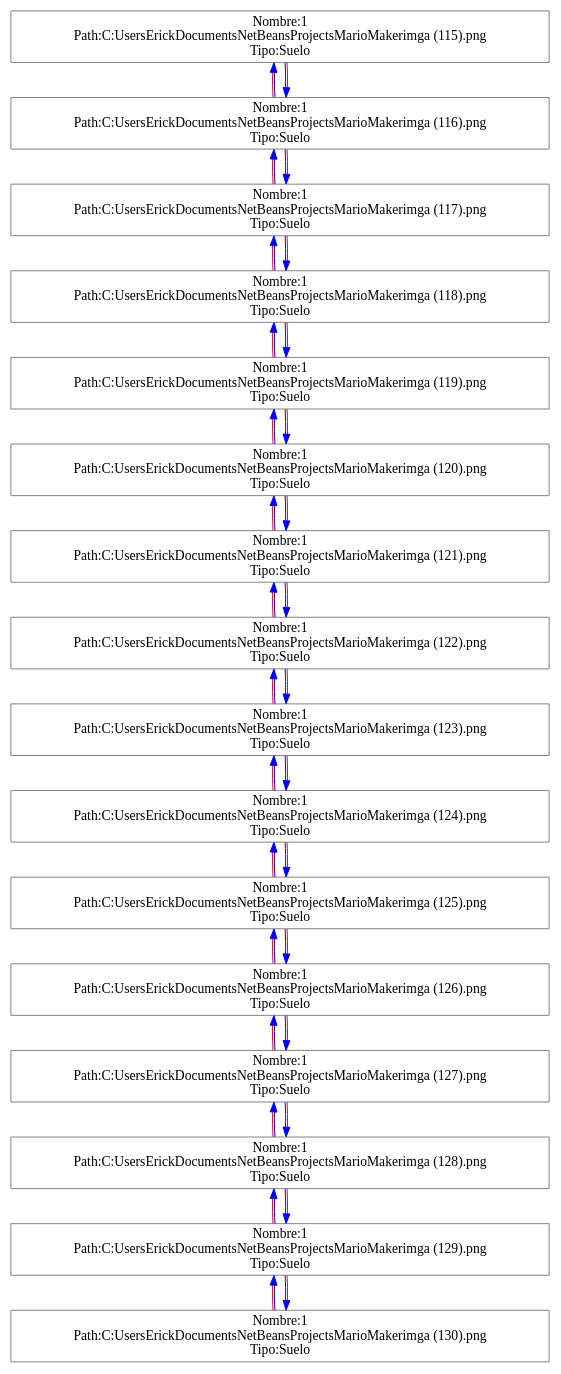
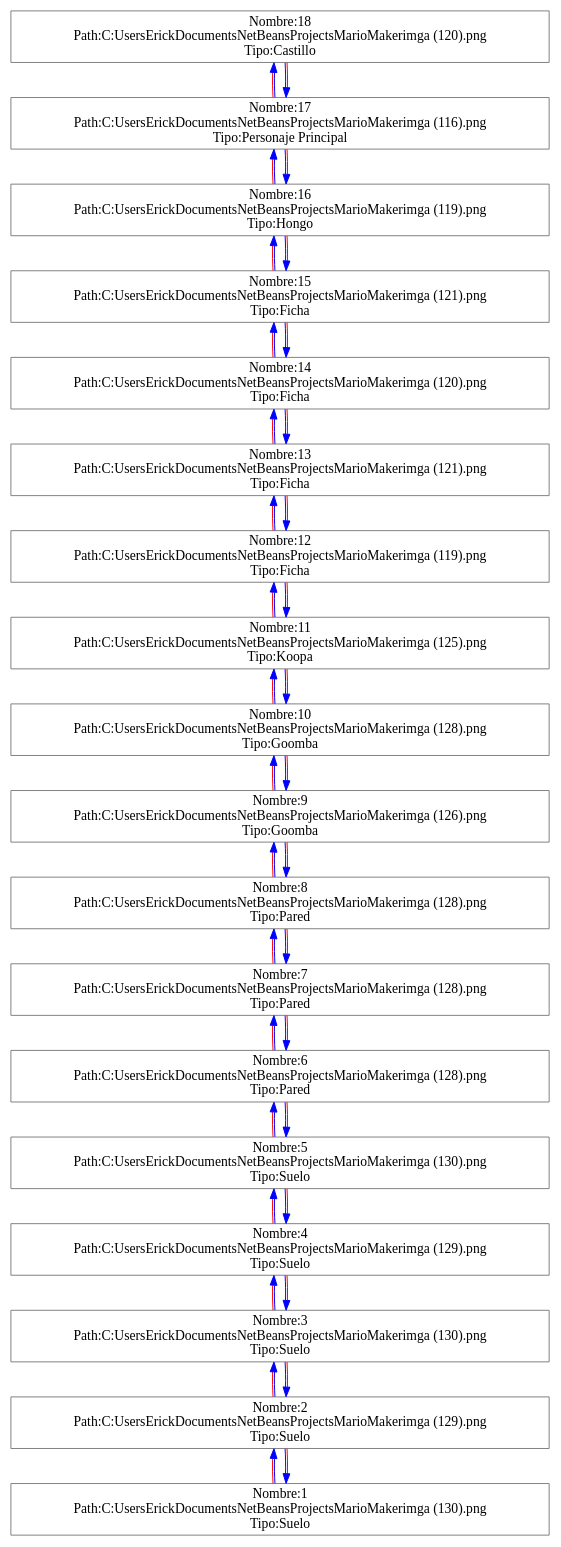
Before and after one commit to ErickTejaxun/Practica1s22015_201213050: the diagram in Cola-Pila.dot, drawn with Graphviz. The commit also changed 15 other files, not shown here.

```diff
--- a/Cola-Pila.dot
+++ b/Cola-Pila.dot
@@ -1,152 +1,172 @@
 digraph ColaAtencion {node [dir=both,shape=polygon, fontcolor="Black", height=0.5, color="Grey"]edge [color="blue", color="blue:red"]rankdir=BT
 "Nombre:1
 Path:C:\Users\Erick\Documents\NetBeansProjects\MarioMaker\img\a (130).png
-Tipo:Suelo"-> "Nombre:1
+Tipo:Suelo"-> "Nombre:2
 Path:C:\Users\Erick\Documents\NetBeansProjects\MarioMaker\img\a (129).png
 Tipo:Suelo"
-"Nombre:1
+"Nombre:2
 Path:C:\Users\Erick\Documents\NetBeansProjects\MarioMaker\img\a (129).png
 Tipo:Suelo"-> "Nombre:1
 Path:C:\Users\Erick\Documents\NetBeansProjects\MarioMaker\img\a (130).png
 Tipo:Suelo"
-"Nombre:1
+"Nombre:2
 Path:C:\Users\Erick\Documents\NetBeansProjects\MarioMaker\img\a (129).png
-Tipo:Suelo"-> "Nombre:1
-Path:C:\Users\Erick\Documents\NetBeansProjects\MarioMaker\img\a (128).png
+Tipo:Suelo"-> "Nombre:3
+Path:C:\Users\Erick\Documents\NetBeansProjects\MarioMaker\img\a (130).png
 Tipo:Suelo"
-"Nombre:1
-Path:C:\Users\Erick\Documents\NetBeansProjects\MarioMaker\img\a (128).png
-Tipo:Suelo"-> "Nombre:1
+"Nombre:3
+Path:C:\Users\Erick\Documents\NetBeansProjects\MarioMaker\img\a (130).png
+Tipo:Suelo"-> "Nombre:2
 Path:C:\Users\Erick\Documents\NetBeansProjects\MarioMaker\img\a (129).png
 Tipo:Suelo"
-"Nombre:1
+"Nombre:3
+Path:C:\Users\Erick\Documents\NetBeansProjects\MarioMaker\img\a (130).png
+Tipo:Suelo"-> "Nombre:4
+Path:C:\Users\Erick\Documents\NetBeansProjects\MarioMaker\img\a (129).png
+Tipo:Suelo"
+"Nombre:4
+Path:C:\Users\Erick\Documents\NetBeansProjects\MarioMaker\img\a (129).png
+Tipo:Suelo"-> "Nombre:3
+Path:C:\Users\Erick\Documents\NetBeansProjects\MarioMaker\img\a (130).png
+Tipo:Suelo"
+"Nombre:4
+Path:C:\Users\Erick\Documents\NetBeansProjects\MarioMaker\img\a (129).png
+Tipo:Suelo"-> "Nombre:5
+Path:C:\Users\Erick\Documents\NetBeansProjects\MarioMaker\img\a (130).png
+Tipo:Suelo"
+"Nombre:5
+Path:C:\Users\Erick\Documents\NetBeansProjects\MarioMaker\img\a (130).png
+Tipo:Suelo"-> "Nombre:4
+Path:C:\Users\Erick\Documents\NetBeansProjects\MarioMaker\img\a (129).png
+Tipo:Suelo"
+"Nombre:5
+Path:C:\Users\Erick\Documents\NetBeansProjects\MarioMaker\img\a (130).png
+Tipo:Suelo"-> "Nombre:6
 Path:C:\Users\Erick\Documents\NetBeansProjects\MarioMaker\img\a (128).png
-Tipo:Suelo"-> "Nombre:1
-Path:C:\Users\Erick\Documents\NetBeansProjects\MarioMaker\img\a (127).png
+Tipo:Pared"
+"Nombre:6
+Path:C:\Users\Erick\Documents\NetBeansProjects\MarioMaker\img\a (128).png
+Tipo:Pared"-> "Nombre:5
+Path:C:\Users\Erick\Documents\NetBeansProjects\MarioMaker\img\a (130).png
 Tipo:Suelo"
-"Nombre:1
-Path:C:\Users\Erick\Documents\NetBeansProjects\MarioMaker\img\a (127).png
-Tipo:Suelo"-> "Nombre:1
+"Nombre:6
 Path:C:\Users\Erick\Documents\NetBeansProjects\MarioMaker\img\a (128).png
-Tipo:Suelo"
-"Nombre:1
-Path:C:\Users\Erick\Documents\NetBeansProjects\MarioMaker\img\a (127).png
-Tipo:Suelo"-> "Nombre:1
+Tipo:Pared"-> "Nombre:7
+Path:C:\Users\Erick\Documents\NetBeansProjects\MarioMaker\img\a (128).png
+Tipo:Pared"
+"Nombre:7
+Path:C:\Users\Erick\Documents\NetBeansProjects\MarioMaker\img\a (128).png
+Tipo:Pared"-> "Nombre:6
+Path:C:\Users\Erick\Documents\NetBeansProjects\MarioMaker\img\a (128).png
+Tipo:Pared"
+"Nombre:7
+Path:C:\Users\Erick\Documents\NetBeansProjects\MarioMaker\img\a (128).png
+Tipo:Pared"-> "Nombre:8
+Path:C:\Users\Erick\Documents\NetBeansProjects\MarioMaker\img\a (128).png
+Tipo:Pared"
+"Nombre:8
+Path:C:\Users\Erick\Documents\NetBeansProjects\MarioMaker\img\a (128).png
+Tipo:Pared"-> "Nombre:7
+Path:C:\Users\Erick\Documents\NetBeansProjects\MarioMaker\img\a (128).png
+Tipo:Pared"
+"Nombre:8
+Path:C:\Users\Erick\Documents\NetBeansProjects\MarioMaker\img\a (128).png
+Tipo:Pared"-> "Nombre:9
 Path:C:\Users\Erick\Documents\NetBeansProjects\MarioMaker\img\a (126).png
-Tipo:Suelo"
-"Nombre:1
+Tipo:Goomba"
+"Nombre:9
 Path:C:\Users\Erick\Documents\NetBeansProjects\MarioMaker\img\a (126).png
-Tipo:Suelo"-> "Nombre:1
-Path:C:\Users\Erick\Documents\NetBeansProjects\MarioMaker\img\a (127).png
-Tipo:Suelo"
-"Nombre:1
+Tipo:Goomba"-> "Nombre:8
+Path:C:\Users\Erick\Documents\NetBeansProjects\MarioMaker\img\a (128).png
+Tipo:Pared"
+"Nombre:9
 Path:C:\Users\Erick\Documents\NetBeansProjects\MarioMaker\img\a (126).png
-Tipo:Suelo"-> "Nombre:1
+Tipo:Goomba"-> "Nombre:10
+Path:C:\Users\Erick\Documents\NetBeansProjects\MarioMaker\img\a (128).png
+Tipo:Goomba"
+"Nombre:10
+Path:C:\Users\Erick\Documents\NetBeansProjects\MarioMaker\img\a (128).png
+Tipo:Goomba"-> "Nombre:9
+Path:C:\Users\Erick\Documents\NetBeansProjects\MarioMaker\img\a (126).png
+Tipo:Goomba"
+"Nombre:10
+Path:C:\Users\Erick\Documents\NetBeansProjects\MarioMaker\img\a (128).png
+Tipo:Goomba"-> "Nombre:11
 Path:C:\Users\Erick\Documents\NetBeansProjects\MarioMaker\img\a (125).png
-Tipo:Suelo"
-"Nombre:1
+Tipo:Koopa"
+"Nombre:11
 Path:C:\Users\Erick\Documents\NetBeansProjects\MarioMaker\img\a (125).png
-Tipo:Suelo"-> "Nombre:1
-Path:C:\Users\Erick\Documents\NetBeansProjects\MarioMaker\img\a (126).png
-Tipo:Suelo"
-"Nombre:1
+Tipo:Koopa"-> "Nombre:10
+Path:C:\Users\Erick\Documents\NetBeansProjects\MarioMaker\img\a (128).png
+Tipo:Goomba"
+"Nombre:11
 Path:C:\Users\Erick\Documents\NetBeansProjects\MarioMaker\img\a (125).png
-Tipo:Suelo"-> "Nombre:1
-Path:C:\Users\Erick\Documents\NetBeansProjects\MarioMaker\img\a (124).png
-Tipo:Suelo"
-"Nombre:1
-Path:C:\Users\Erick\Documents\NetBeansProjects\MarioMaker\img\a (124).png
-Tipo:Suelo"-> "Nombre:1
+Tipo:Koopa"-> "Nombre:12
+Path:C:\Users\Erick\Documents\NetBeansProjects\MarioMaker\img\a (119).png
+Tipo:Ficha"
+"Nombre:12
+Path:C:\Users\Erick\Documents\NetBeansProjects\MarioMaker\img\a (119).png
+Tipo:Ficha"-> "Nombre:11
 Path:C:\Users\Erick\Documents\NetBeansProjects\MarioMaker\img\a (125).png
-Tipo:Suelo"
-"Nombre:1
-Path:C:\Users\Erick\Documents\NetBeansProjects\MarioMaker\img\a (124).png
-Tipo:Suelo"-> "Nombre:1
-Path:C:\Users\Erick\Documents\NetBeansProjects\MarioMaker\img\a (123).png
-Tipo:Suelo"
-"Nombre:1
-Path:C:\Users\Erick\Documents\NetBeansProjects\MarioMaker\img\a (123).png
-Tipo:Suelo"-> "Nombre:1
-Path:C:\Users\Erick\Documents\NetBeansProjects\MarioMaker\img\a (124).png
-Tipo:Suelo"
-"Nombre:1
-Path:C:\Users\Erick\Documents\NetBeansProjects\MarioMaker\img\a (123).png
-Tipo:Suelo"-> "Nombre:1
-Path:C:\Users\Erick\Documents\NetBeansProjects\MarioMaker\img\a (122).png
-Tipo:Suelo"
-"Nombre:1
-Path:C:\Users\Erick\Documents\NetBeansProjects\MarioMaker\img\a (122).png
-Tipo:Suelo"-> "Nombre:1
-Path:C:\Users\Erick\Documents\NetBeansProjects\MarioMaker\img\a (123).png
-Tipo:Suelo"
-"Nombre:1
-Path:C:\Users\Erick\Documents\NetBeansProjects\MarioMaker\img\a (122).png
-Tipo:Suelo"-> "Nombre:1
+Tipo:Koopa"
+"Nombre:12
+Path:C:\Users\Erick\Documents\NetBeansProjects\MarioMaker\img\a (119).png
+Tipo:Ficha"-> "Nombre:13
 Path:C:\Users\Erick\Documents\NetBeansProjects\MarioMaker\img\a (121).png
-Tipo:Suelo"
-"Nombre:1
+Tipo:Ficha"
+"Nombre:13
 Path:C:\Users\Erick\Documents\NetBeansProjects\MarioMaker\img\a (121).png
-Tipo:Suelo"-> "Nombre:1
-Path:C:\Users\Erick\Documents\NetBeansProjects\MarioMaker\img\a (122).png
-Tipo:Suelo"
-"Nombre:1
+Tipo:Ficha"-> "Nombre:12
+Path:C:\Users\Erick\Documents\NetBeansProjects\MarioMaker\img\a (119).png
+Tipo:Ficha"
+"Nombre:13
 Path:C:\Users\Erick\Documents\NetBeansProjects\MarioMaker\img\a (121).png
-Tipo:Suelo"-> "Nombre:1
+Tipo:Ficha"-> "Nombre:14
 Path:C:\Users\Erick\Documents\NetBeansProjects\MarioMaker\img\a (120).png
-Tipo:Suelo"
-"Nombre:1
+Tipo:Ficha"
+"Nombre:14
 Path:C:\Users\Erick\Documents\NetBeansProjects\MarioMaker\img\a (120).png
-Tipo:Suelo"-> "Nombre:1
+Tipo:Ficha"-> "Nombre:13
 Path:C:\Users\Erick\Documents\NetBeansProjects\MarioMaker\img\a (121).png
-Tipo:Suelo"
-"Nombre:1
+Tipo:Ficha"
+"Nombre:14
 Path:C:\Users\Erick\Documents\NetBeansProjects\MarioMaker\img\a (120).png
-Tipo:Suelo"-> "Nombre:1
+Tipo:Ficha"-> "Nombre:15
+Path:C:\Users\Erick\Documents\NetBeansProjects\MarioMaker\img\a (121).png
+Tipo:Ficha"
+"Nombre:15
+Path:C:\Users\Erick\Documents\NetBeansProjects\MarioMaker\img\a (121).png
+Tipo:Ficha"-> "Nombre:14
+Path:C:\Users\Erick\Documents\NetBeansProjects\MarioMaker\img\a (120).png
+Tipo:Ficha"
+"Nombre:15
+Path:C:\Users\Erick\Documents\NetBeansProjects\MarioMaker\img\a (121).png
+Tipo:Ficha"-> "Nombre:16
 Path:C:\Users\Erick\Documents\NetBeansProjects\MarioMaker\img\a (119).png
-Tipo:Suelo"
-"Nombre:1
+Tipo:Hongo"
+"Nombre:16
 Path:C:\Users\Erick\Documents\NetBeansProjects\MarioMaker\img\a (119).png
-Tipo:Suelo"-> "Nombre:1
+Tipo:Hongo"-> "Nombre:15
+Path:C:\Users\Erick\Documents\NetBeansProjects\MarioMaker\img\a (121).png
+Tipo:Ficha"
+"Nombre:16
+Path:C:\Users\Erick\Documents\NetBeansProjects\MarioMaker\img\a (119).png
+Tipo:Hongo"-> "Nombre:17
+Path:C:\Users\Erick\Documents\NetBeansProjects\MarioMaker\img\a (116).png
+Tipo:Personaje Principal"
+"Nombre:17
+Path:C:\Users\Erick\Documents\NetBeansProjects\MarioMaker\img\a (116).png
+Tipo:Personaje Principal"-> "Nombre:16
+Path:C:\Users\Erick\Documents\NetBeansProjects\MarioMaker\img\a (119).png
+Tipo:Hongo"
+"Nombre:17
+Path:C:\Users\Erick\Documents\NetBeansProjects\MarioMaker\img\a (116).png
+Tipo:Personaje Principal"-> "Nombre:18
 Path:C:\Users\Erick\Documents\NetBeansProjects\MarioMaker\img\a (120).png
-Tipo:Suelo"
-"Nombre:1
-Path:C:\Users\Erick\Documents\NetBeansProjects\MarioMaker\img\a (119).png
-Tipo:Suelo"-> "Nombre:1
-Path:C:\Users\Erick\Documents\NetBeansProjects\MarioMaker\img\a (118).png
-Tipo:Suelo"
-"Nombre:1
-Path:C:\Users\Erick\Documents\NetBeansProjects\MarioMaker\img\a (118).png
-Tipo:Suelo"-> "Nombre:1
-Path:C:\Users\Erick\Documents\NetBeansProjects\MarioMaker\img\a (119).png
-Tipo:Suelo"
-"Nombre:1
-Path:C:\Users\Erick\Documents\NetBeansProjects\MarioMaker\img\a (118).png
-Tipo:Suelo"-> "Nombre:1
-Path:C:\Users\Erick\Documents\NetBeansProjects\MarioMaker\img\a (117).png
-Tipo:Suelo"
-"Nombre:1
-Path:C:\Users\Erick\Documents\NetBeansProjects\MarioMaker\img\a (117).png
-Tipo:Suelo"-> "Nombre:1
-Path:C:\Users\Erick\Documents\NetBeansProjects\MarioMaker\img\a (118).png
-Tipo:Suelo"
-"Nombre:1
-Path:C:\Users\Erick\Documents\NetBeansProjects\MarioMaker\img\a (117).png
-Tipo:Suelo"-> "Nombre:1
+Tipo:Castillo"
+"Nombre:18
+Path:C:\Users\Erick\Documents\NetBeansProjects\MarioMaker\img\a (120).png
+Tipo:Castillo"-> "Nombre:17
 Path:C:\Users\Erick\Documents\NetBeansProjects\MarioMaker\img\a (116).png
-Tipo:Suelo"
-"Nombre:1
-Path:C:\Users\Erick\Documents\NetBeansProjects\MarioMaker\img\a (116).png
-Tipo:Suelo"-> "Nombre:1
-Path:C:\Users\Erick\Documents\NetBeansProjects\MarioMaker\img\a (117).png
-Tipo:Suelo"
-"Nombre:1
-Path:C:\Users\Erick\Documents\NetBeansProjects\MarioMaker\img\a (116).png
-Tipo:Suelo"-> "Nombre:1
-Path:C:\Users\Erick\Documents\NetBeansProjects\MarioMaker\img\a (115).png
-Tipo:Suelo"
-"Nombre:1
-Path:C:\Users\Erick\Documents\NetBeansProjects\MarioMaker\img\a (115).png
-Tipo:Suelo"-> "Nombre:1
-Path:C:\Users\Erick\Documents\NetBeansProjects\MarioMaker\img\a (116).png
-Tipo:Suelo"
+Tipo:Personaje Principal"
 }
```
